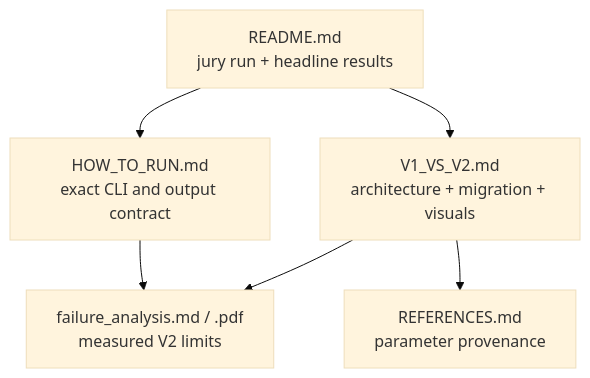
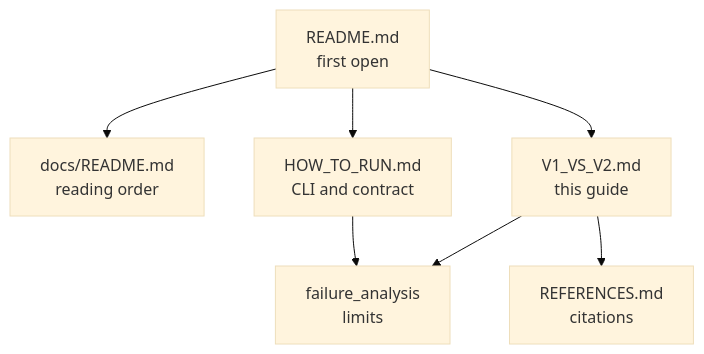
Before and after one commit to RHUDHRESH/LatticeRank-SEMICON-2026: diagram 12 of 12 in docs/V1_VS_V2.md, drawn with Mermaid (base theme). The commit also changed other lines of this file and 35 other files, not shown here.

````diff
--- a/docs/V1_VS_V2.md
+++ b/docs/V1_VS_V2.md
@@ -490,14 +496,16 @@
 ```mermaid
 flowchart TB
-    README["README.md<br/>jury run + headline results"]
-    HOWTO["HOW_TO_RUN.md<br/>exact CLI and output contract"]
-    GUIDE["V1_VS_V2.md<br/>architecture + migration + visuals"]
-    FAIL["failure_analysis.md / .pdf<br/>measured V2 limits"]
-    REF["REFERENCES.md<br/>parameter provenance"]
+    README["README.md<br/>first open"]
+    INDEX["docs/README.md<br/>reading order"]
+    HOWTO["HOW_TO_RUN.md<br/>CLI and contract"]
+    GUIDE["V1_VS_V2.md<br/>this guide"]
+    FAIL["failure_analysis<br/>limits"]
+    REF["REFERENCES.md<br/>citations"]
 
+    README --> INDEX
     README --> HOWTO
     README --> GUIDE
     GUIDE --> FAIL
     GUIDE --> REF
     HOWTO --> FAIL
 ```
````
